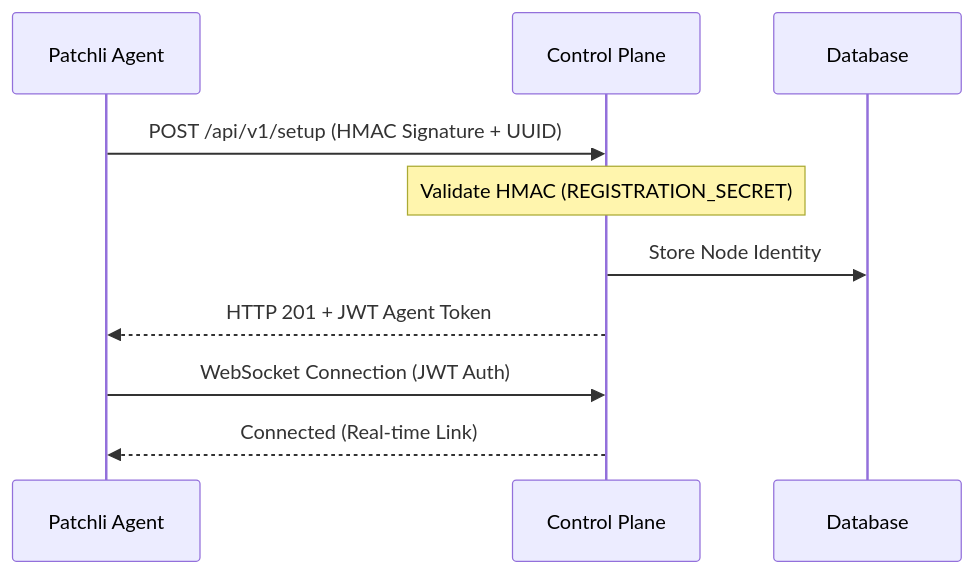
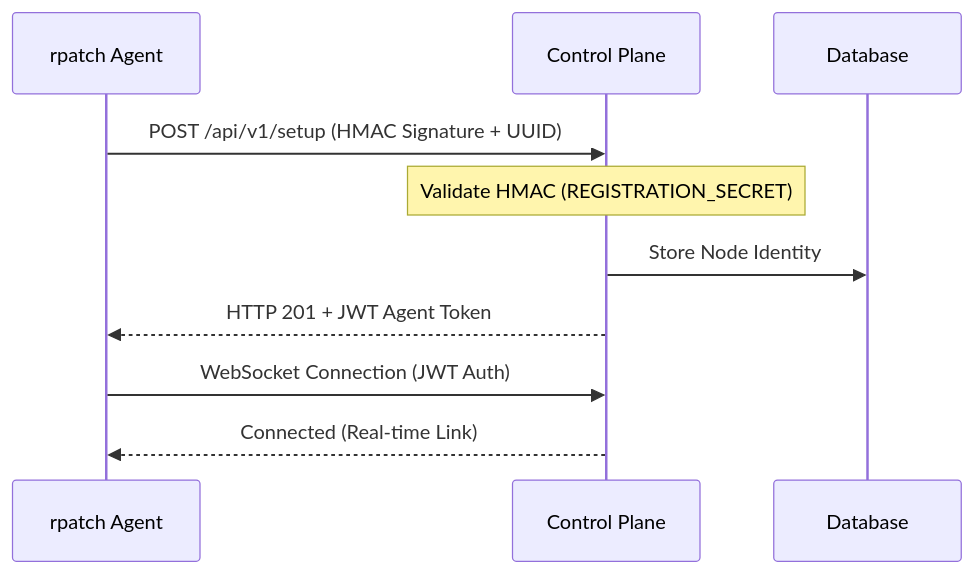
The second of 2 diagrams in README.md (arumes31/patchli), drawn with Mermaid before and after one commit. The commit also changed other lines of this file and 64 other files, not shown here.

First line of the commit message:
chore: rename patchli to rpatch; add completeness check and 100-step plan (#193)

````diff
--- a/README.md
+++ b/README.md
@@ -60,13 +62,13 @@
 ```mermaid
 sequenceDiagram
-    participant A as Patchli Agent
+    participant A as rpatch Agent
     participant S as Control Plane
     participant DB as Database
 
     A->>S: POST /api/v1/setup (HMAC Signature + UUID)
     Note over S: Validate HMAC (REGISTRATION_SECRET)
     S->>DB: Store Node Identity
     S-->>A: HTTP 201 + JWT Agent Token
     A->>S: WebSocket Connection (JWT Auth)
     S-->>A: Connected (Real-time Link)
 ```
````
